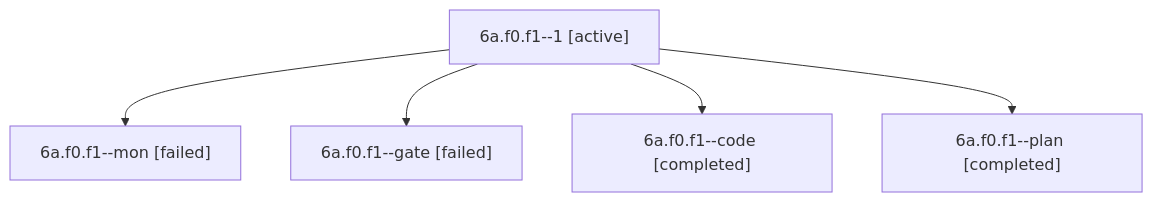
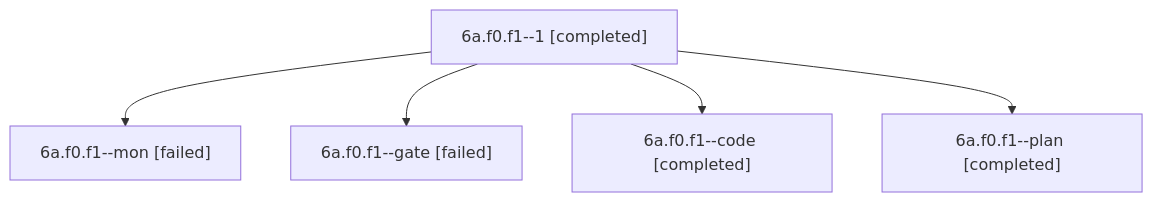
One commit to bobs-org/bob-cli--agents changed the diagram in sessions/bbugyi200.apollo.6a.f0.f1.md. Above: the diagram before and after it, drawn with Mermaid. The commit also changed other lines of this file and 55 other files, not shown here.

````diff
--- a/sessions/bbugyi200.apollo.6a.f0.f1.md
+++ b/sessions/bbugyi200.apollo.6a.f0.f1.md
@@ -9,12 +9,12 @@
 ```mermaid
 flowchart TD
-  n0["6a.f0.f1--1 [active]"]
+  n0["6a.f0.f1--1 [completed]"]
   n1["6a.f0.f1--mon [failed]"]
   n0 --> n1
   n2["6a.f0.f1--gate [failed]"]
   n0 --> n2
   n3["6a.f0.f1--code [completed]"]
   n0 --> n3
   n4["6a.f0.f1--plan [completed]"]
   n0 --> n4
 ```
````
